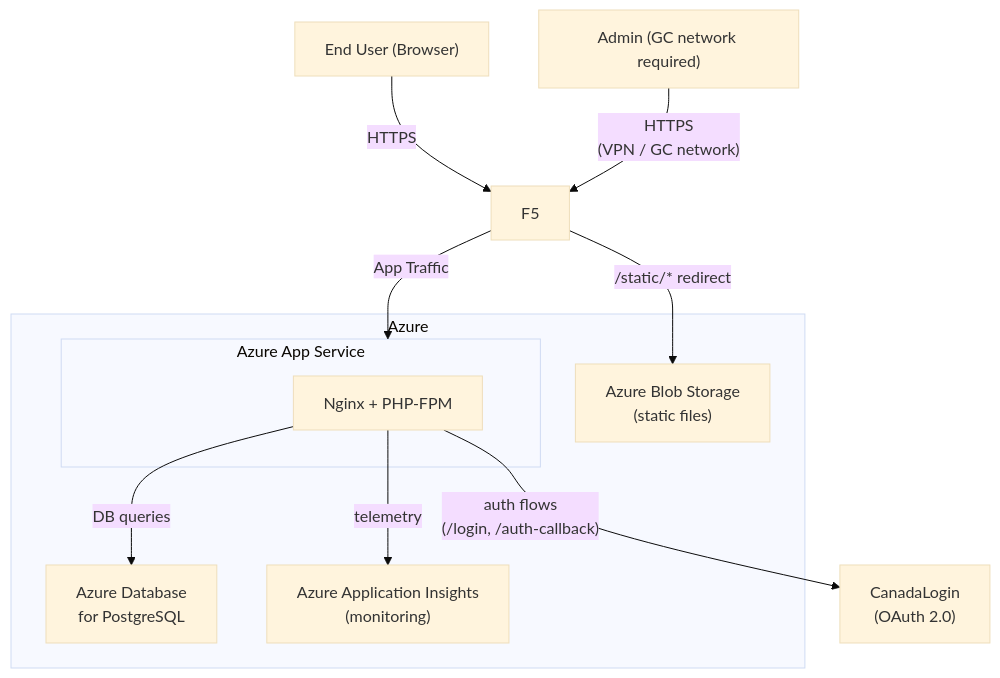
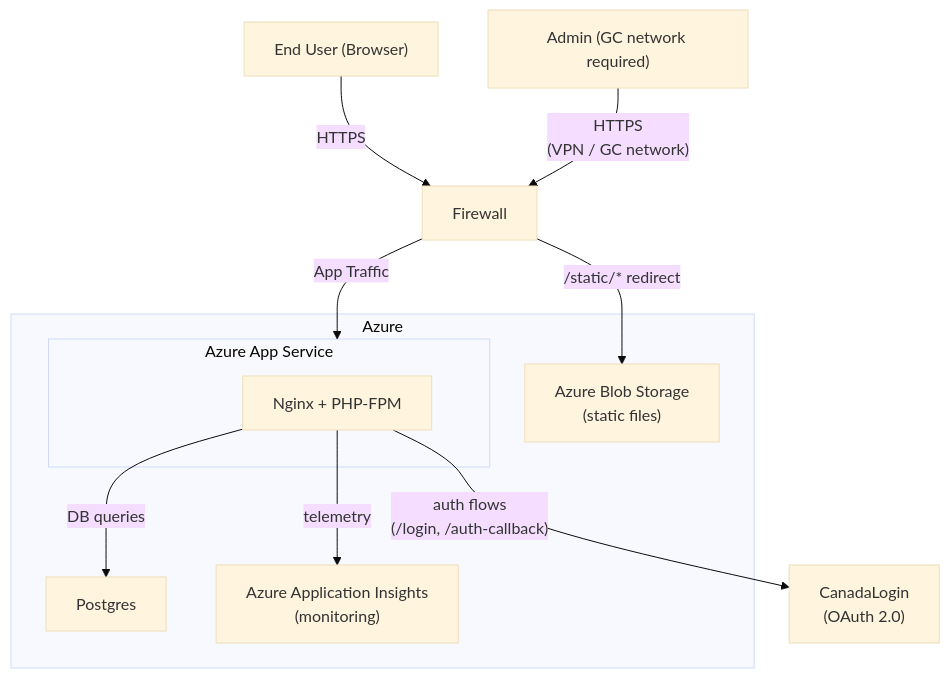
The second of 2 diagrams in documentation/architecture.md (GCTC-NTGC/gc-digital-talent), drawn with Mermaid (base theme) before and after one commit.

Commit message:
update azure diagram

````diff
--- a/documentation/architecture.md
+++ b/documentation/architecture.md
@@ -58,28 +58,28 @@
 ```mermaid
 graph TB
     user["End User (Browser)"]
     admin["Admin (GC network required)"]
     
-    f5["F5"]
+    f5["Firewall"]
 
     subgraph azure["Azure"]
         subgraph appservice["Azure App Service"]
             nginx2["Nginx + PHP-FPM"]
         end
-        db["Azure Database\nfor PostgreSQL"]
+        db["Postgres"]
         storage["Azure Blob Storage\n(static files)"]
         insights["Azure Application Insights\n(monitoring)"]
     end
 
     cl["CanadaLogin\n(OAuth 2.0)"]
 
     user -- "HTTPS" --> f5
     admin -- "HTTPS\n(VPN / GC network)" --> f5
     
     f5 -- "/static/* redirect" --> storage
     f5 -- "App Traffic" --> appservice
     
     nginx2 -- "DB queries" --> db
     nginx2 -- "telemetry" --> insights
     nginx2 -- "auth flows\n(/login, /auth-callback)" --> cl
 ```
````
